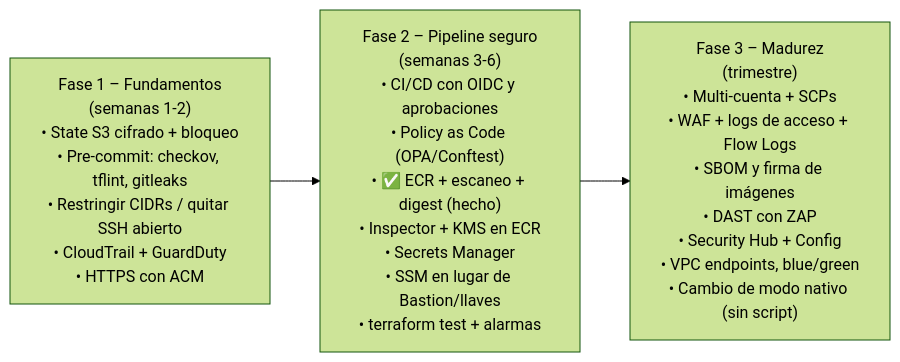
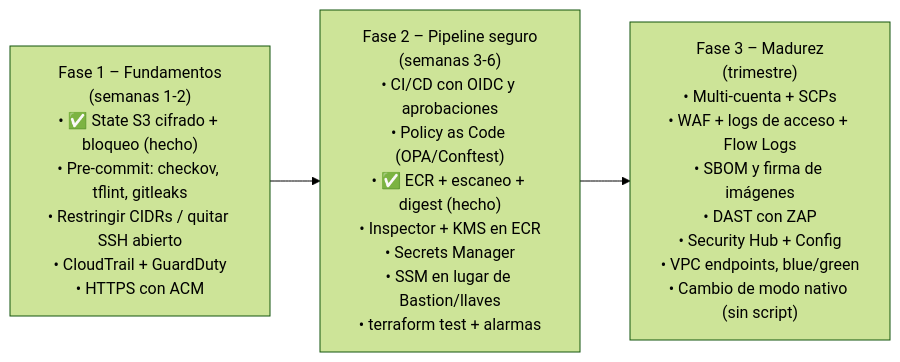
Before and after one commit to adrianjsosag/Sr-Labs: the fifth of 5 diagrams in Serverless/ECS-Fargate/Terraform/README.md, drawn with Mermaid (forest theme). The commit also changed other lines of this file and 35 other files, not shown here.

````diff
--- a/Serverless/ECS-Fargate/Terraform/README.md
+++ b/Serverless/ECS-Fargate/Terraform/README.md
@@ -872,7 +933,7 @@
 ```mermaid
 flowchart LR
-    F1["Fase 1 – Fundamentos<br/>(semanas 1-2)<br/>• State S3 cifrado + bloqueo<br/>• Pre-commit: checkov, tflint, gitleaks<br/>• Restringir CIDRs / quitar SSH abierto<br/>• CloudTrail + GuardDuty<br/>• HTTPS con ACM"]
+    F1["Fase 1 – Fundamentos<br/>(semanas 1-2)<br/>• ✅ State S3 cifrado + bloqueo (hecho)<br/>• Pre-commit: checkov, tflint, gitleaks<br/>• Restringir CIDRs / quitar SSH abierto<br/>• CloudTrail + GuardDuty<br/>• HTTPS con ACM"]
     F2["Fase 2 – Pipeline seguro<br/>(semanas 3-6)<br/>• CI/CD con OIDC y aprobaciones<br/>• Policy as Code (OPA/Conftest)<br/>• ✅ ECR + escaneo + digest (hecho)<br/>• Inspector + KMS en ECR<br/>• Secrets Manager<br/>• SSM en lugar de Bastion/llaves<br/>• terraform test + alarmas"]
     F3["Fase 3 – Madurez<br/>(trimestre)<br/>• Multi-cuenta + SCPs<br/>• WAF + logs de acceso + Flow Logs<br/>• SBOM y firma de imágenes<br/>• DAST con ZAP<br/>• Security Hub + Config<br/>• VPC endpoints, blue/green<br/>• Cambio de modo nativo (sin script)"]
     F1 --> F2 --> F3
 ```
````
